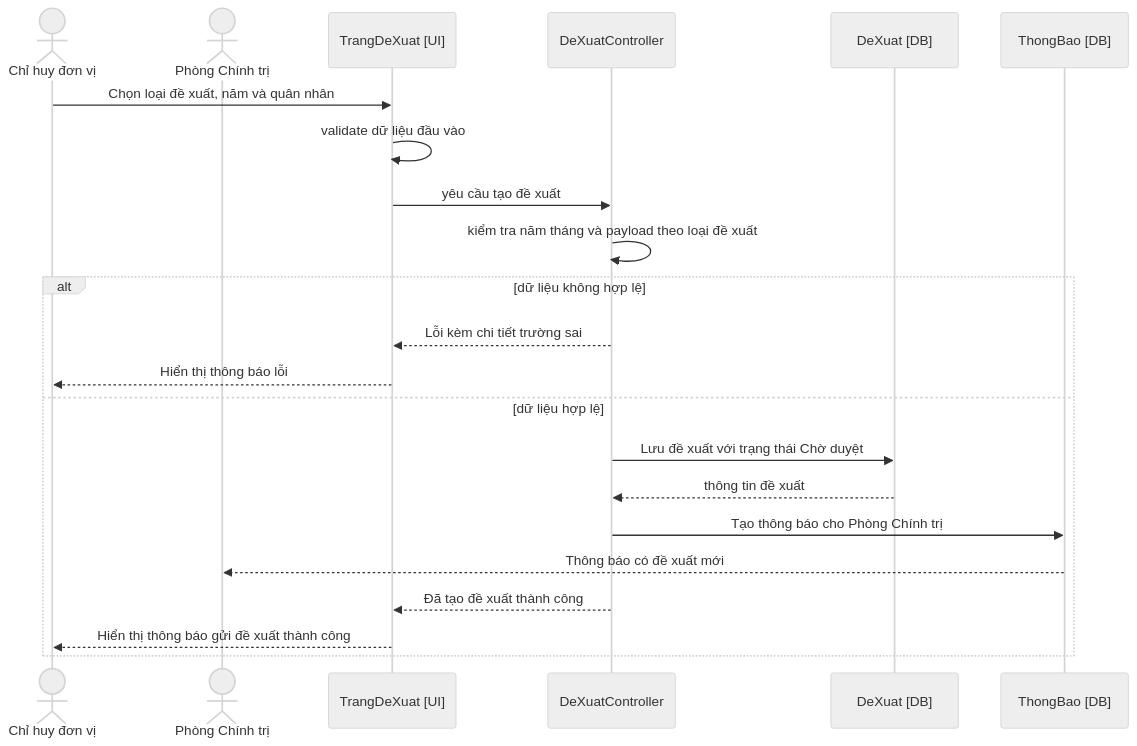
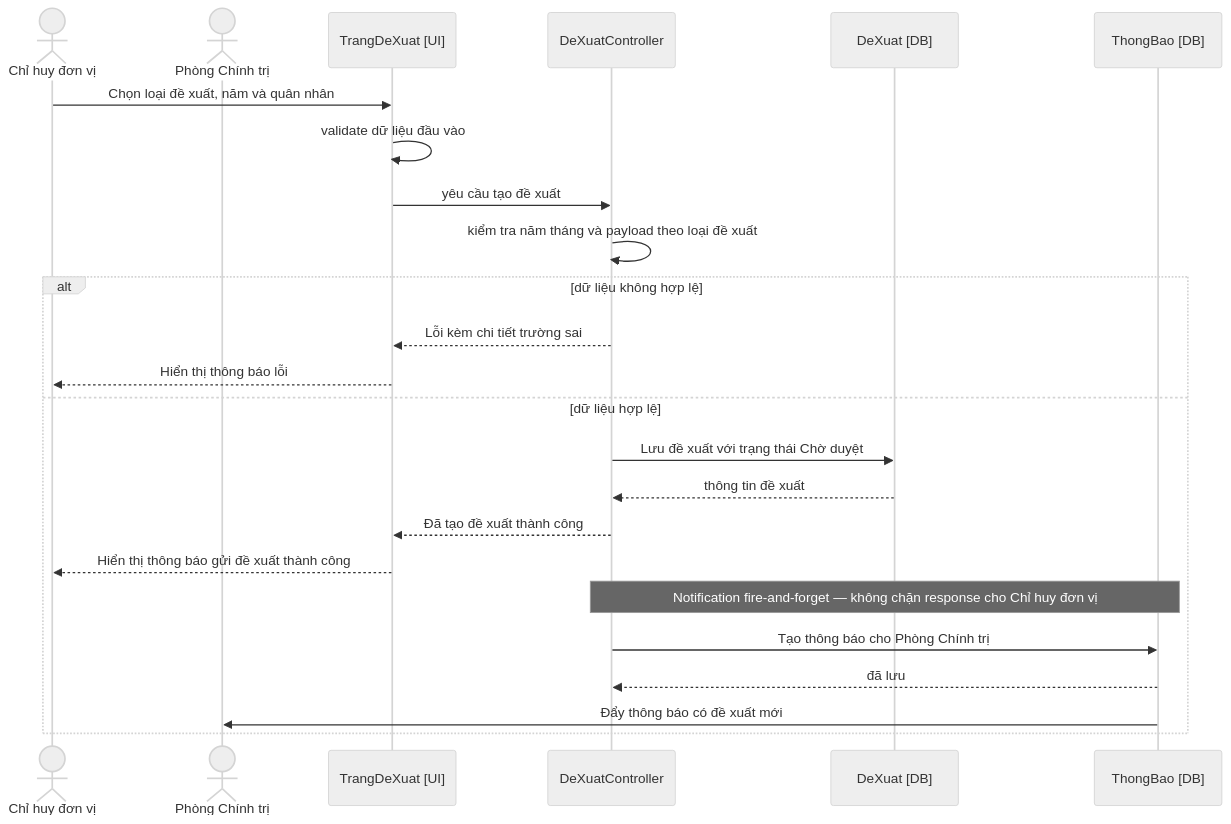
Before and after one commit to tranducbk/DATN_PM_QLKT: the second of 9 diagrams in docs/diagrams/05-sequence.md, drawn with Mermaid (neutral theme). The commit also changed other lines of this file and 123 other files, not shown here.

````diff
--- a/docs/diagrams/05-sequence.md
+++ b/docs/diagrams/05-sequence.md
@@ -36,26 +43,29 @@
 ```mermaid
 sequenceDiagram
     actor MGR as Chỉ huy đơn vị
     actor ADM as Phòng Chính trị
     participant Page as TrangDeXuat [UI]
     participant Ctrl as DeXuatController
     participant DX as DeXuat [DB]
     participant TB as ThongBao [DB]
 
     MGR->>Page: Chọn loại đề xuất, năm và quân nhân
     Page->>Page: validate dữ liệu đầu vào
     Page->>Ctrl: yêu cầu tạo đề xuất
     Ctrl->>Ctrl: kiểm tra năm tháng và payload theo loại đề xuất
 
     alt dữ liệu không hợp lệ
         Ctrl-->>Page: Lỗi kèm chi tiết trường sai
         Page-->>MGR: Hiển thị thông báo lỗi
     else dữ liệu hợp lệ
         Ctrl->>DX: Lưu đề xuất với trạng thái Chờ duyệt
         DX-->>Ctrl: thông tin đề xuất
-        Ctrl->>TB: Tạo thông báo cho Phòng Chính trị
-        TB-->>ADM: Thông báo có đề xuất mới
         Ctrl-->>Page: Đã tạo đề xuất thành công
         Page-->>MGR: Hiển thị thông báo gửi đề xuất thành công
+
+        Note over Ctrl,TB: Notification fire-and-forget — không chặn response cho Chỉ huy đơn vị
+        Ctrl->>TB: Tạo thông báo cho Phòng Chính trị
+        TB-->>Ctrl: đã lưu
+        TB->>ADM: Đẩy thông báo có đề xuất mới
     end
 ```
````
